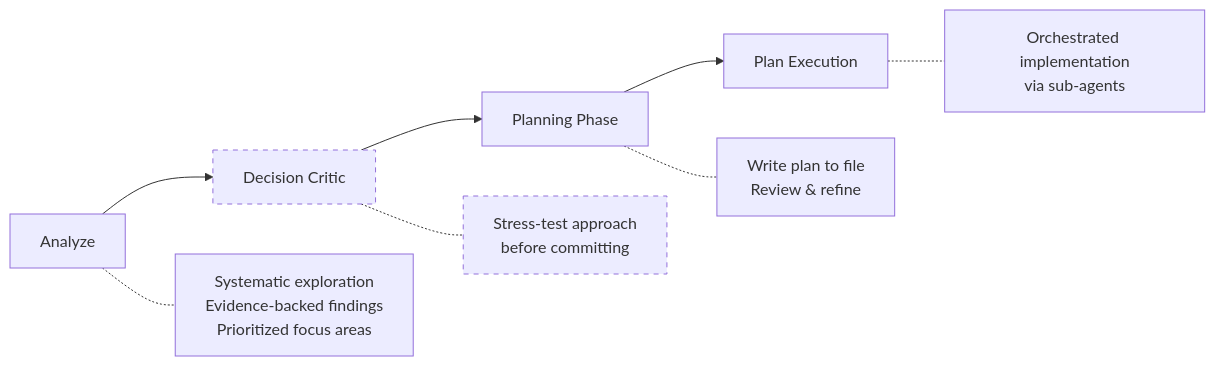
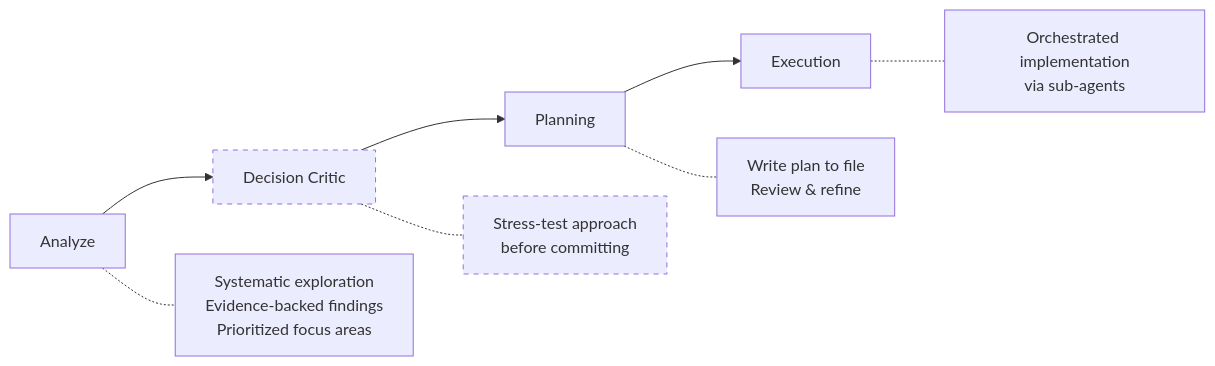
The first of 4 diagrams in README.md (gcharang/claude-config), drawn with Mermaid before and after one commit. The commit also changed other lines of this file, not shown here.

Commit message:
Update readme to reflect execution as part of planner skill

````diff
--- a/README.md
+++ b/README.md
@@ -105,14 +105,14 @@
 ```mermaid
 flowchart LR
     A[Analyze] --> B[Decision Critic]
-    B --> C[Planning Phase]
-    C --> D[Plan Execution]
+    B --> C[Planning]
+    C --> D[Execution]
 
     A -.- A1[Systematic exploration<br>Evidence-backed findings<br>Prioritized focus areas]
     B -.- B1[Stress-test approach<br>before committing]
     C -.- C1[Write plan to file<br>Review & refine]
     D -.- D1[Orchestrated implementation<br>via sub-agents]
 
     style B stroke-dasharray: 5 5
     style B1 stroke-dasharray: 5 5
 ```
````
